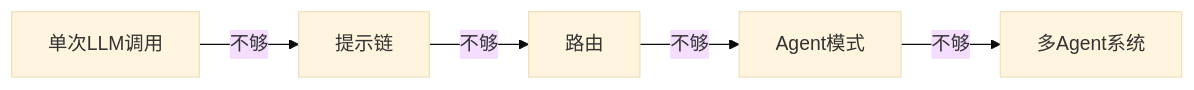
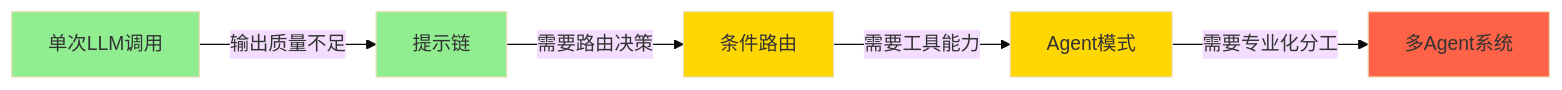
Before and after one commit to dilboy/agent-programming-wiki: the diagram in docs/06-最佳实践/01-简单性原则.md, drawn with Mermaid (base theme). The commit also changed other lines of this file and 26 other files, not shown here.

````diff
--- a/docs/06-最佳实践/01-简单性原则.md
+++ b/docs/06-最佳实践/01-简单性原则.md
@@ -61,7 +30,12 @@
 ```mermaid
 graph LR
-    A[单次LLM调用] -->|不够| B[提示链]
-    B -->|不够| C[路由]
-    C -->|不够| D[Agent模式]
-    D -->|不够| E[多Agent系统]
+    A[单次LLM调用] -->|输出质量不足| B[提示链]
+    B -->|需要路由决策| C[条件路由]
+    C -->|需要工具能力| D[Agent模式]
+    D -->|需要专业化分工| E[多Agent系统]
+    style A fill:#90EE90
+    style B fill:#90EE90
+    style C fill:#FFD700
+    style D fill:#FFD700
+    style E fill:#FF6347
 ```
````
